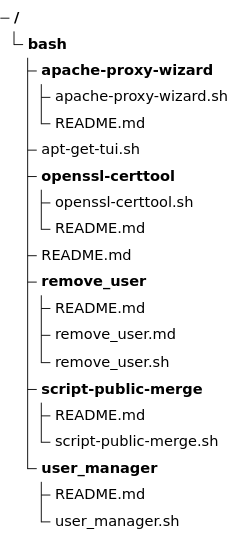
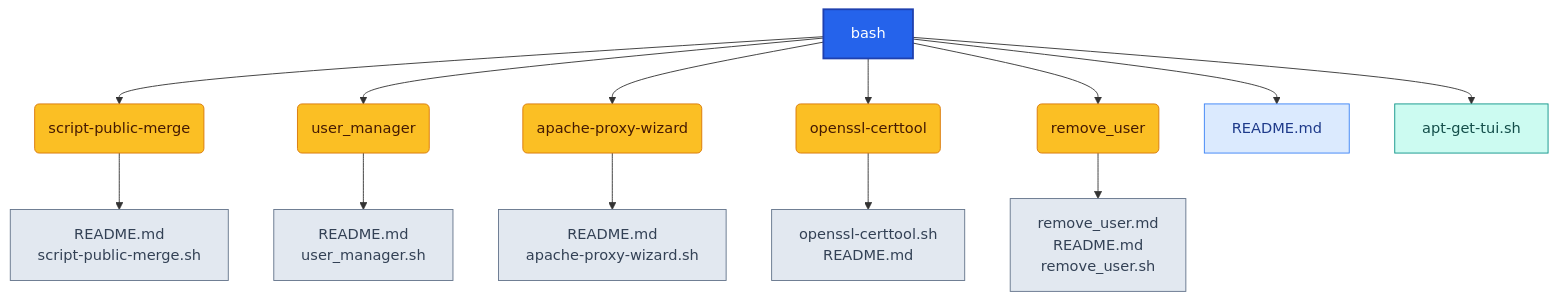
Before and after one commit to Richie086/scripts-public: the diagram in bash/README.md, drawn with Mermaid. The commit also changed other lines of this file and 27 other files, not shown here.

First line of the commit message:
Integrate dirtree-chart with sanitized styling and auto catalog updates.

````diff
--- a/bash/README.md
+++ b/bash/README.md
@@ -17,22 +17,20 @@
 ```mermaid
-treeView-beta
-bash/
-  apache-proxy-wizard/
-    apache-proxy-wizard.sh
-    README.md
-  apt-get-tui.sh
-  openssl-certtool/
-    openssl-certtool.sh
-    README.md
-  README.md
-  remove_user/
-    README.md
-    remove_user.md
-    remove_user.sh
-  script-public-merge/
-    README.md
-    script-public-merge.sh
-  user_manager/
-    README.md
-    user_manager.sh
+graph TD
+	root["bash"]:::root --> n1("script-public-merge"):::folder
+	root["bash"]:::root --> n2("user_manager"):::folder
+	root["bash"]:::root --> n3("apache-proxy-wizard"):::folder
+	root["bash"]:::root --> n4("openssl-certtool"):::folder
+	root["bash"]:::root --> n5("remove_user"):::folder
+	root["bash"]:::root --> n6["README.md"]:::file-md
+	root["bash"]:::root --> n7["apt-get-tui.sh"]:::file-sh
+	n1 --> n1_2["README.md<br>script-public-merge.sh"]:::file-bundle
+	n2 --> n2_2["README.md<br>user_manager.sh"]:::file-bundle
+	n3 --> n3_2["README.md<br>apache-proxy-wizard.sh"]:::file-bundle
+	n4 --> n4_2["openssl-certtool.sh<br>README.md"]:::file-bundle
+	n5 --> n5_3["remove_user.md<br>README.md<br>remove_user.sh"]:::file-bundle
+classDef root fill:#2563eb,stroke:#1e40af,stroke-width:2px,color:#ffffff;
+classDef folder fill:#fbbf24,stroke:#d97706,stroke-width:1px,color:#451a03;
+classDef file-bundle fill:#e2e8f0,stroke:#64748b,stroke-width:1px,color:#334155;
+classDef file-md fill:#dbeafe,stroke:#3b82f6,stroke-width:1px,color:#1e3a8a;
+classDef file-sh fill:#ccfbf1,stroke:#0d9488,stroke-width:1px,color:#134e4a;
 ```
````
